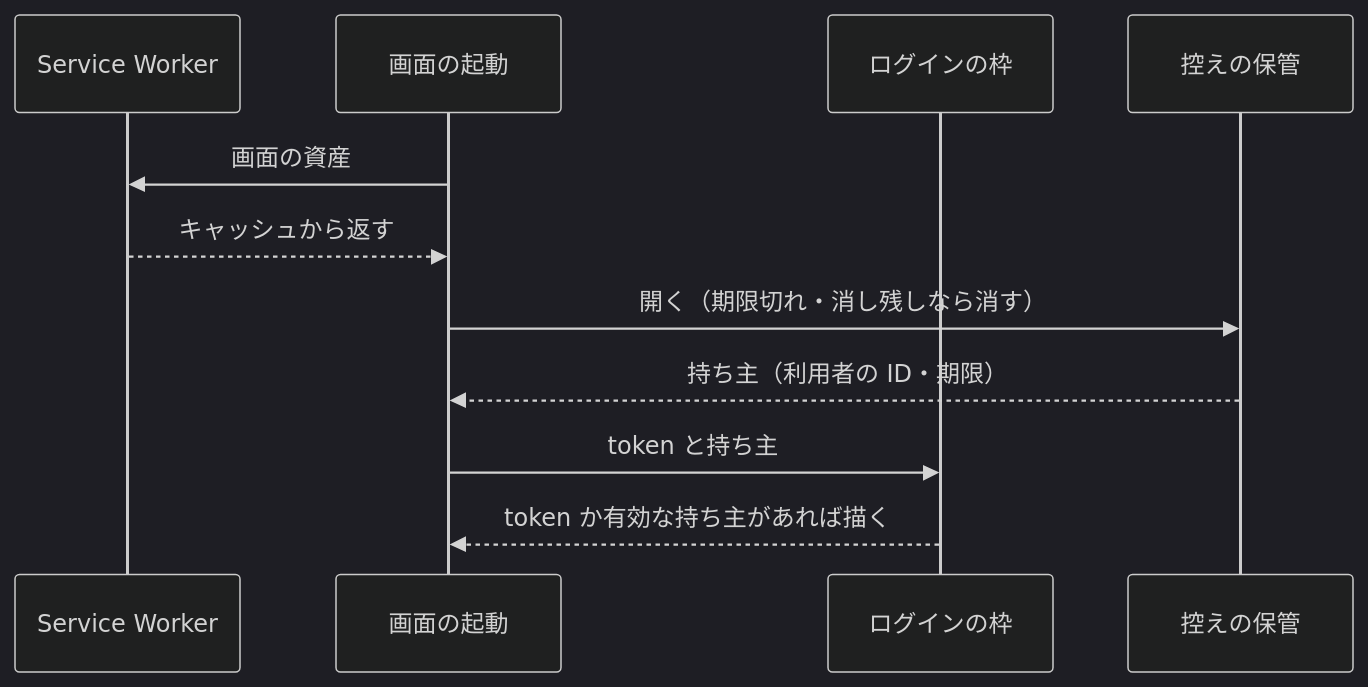
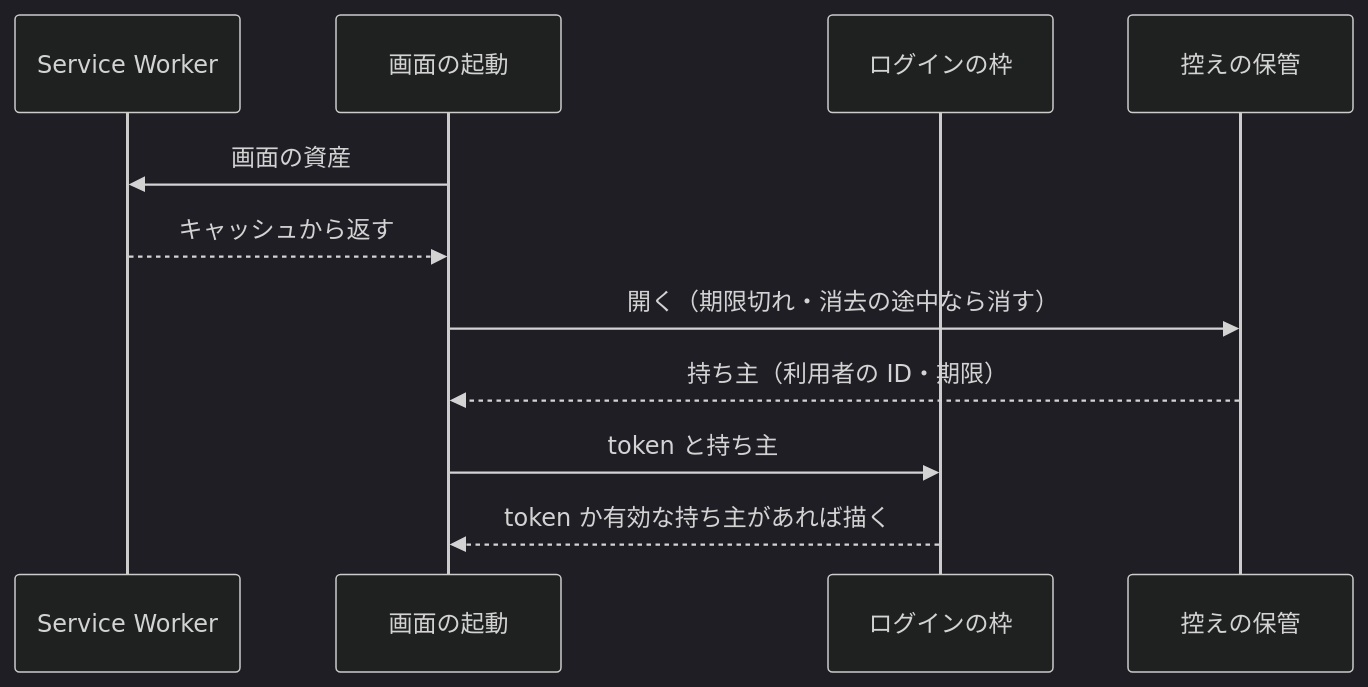
One commit to devbasex/ai-plugins changed the fifth of 7 diagrams in issues/issue-2383-design.md. Above: the diagram before and after it, drawn with Mermaid (dark theme). The commit also changed other lines of this file and 1 other file, not shown here.

````diff
--- a/issues/issue-2383-design.md
+++ b/issues/issue-2383-design.md
@@ -369,13 +377,13 @@
 ```mermaid
 sequenceDiagram
     participant SW as Service Worker
     participant M as 画面の起動
     participant L as ログインの枠
     participant V as 控えの保管
     M->>SW: 画面の資産
     SW-->>M: キャッシュから返す
-    M->>V: 開く（期限切れ・消し残しなら消す）
+    M->>V: 開く（期限切れ・消去の途中なら消す）
     V-->>M: 持ち主（利用者の ID・期限）
     M->>L: token と持ち主
     L-->>M: token か有効な持ち主があれば描く
 ```
````
